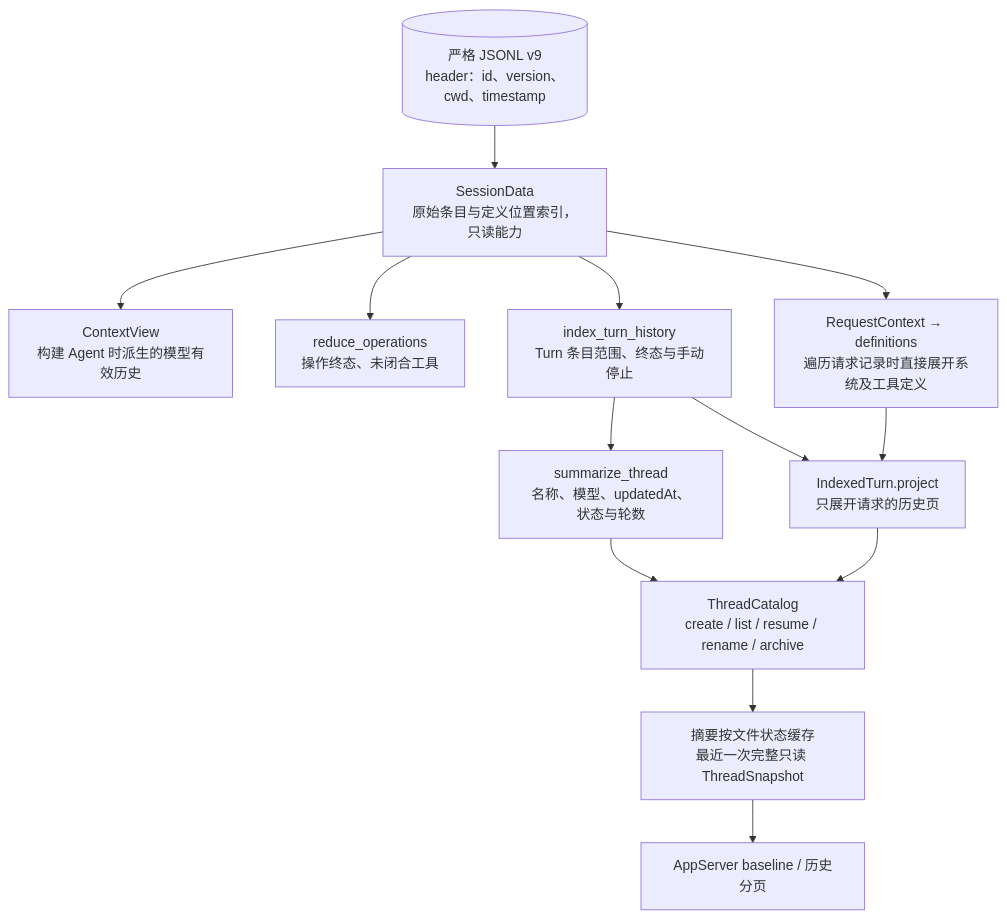
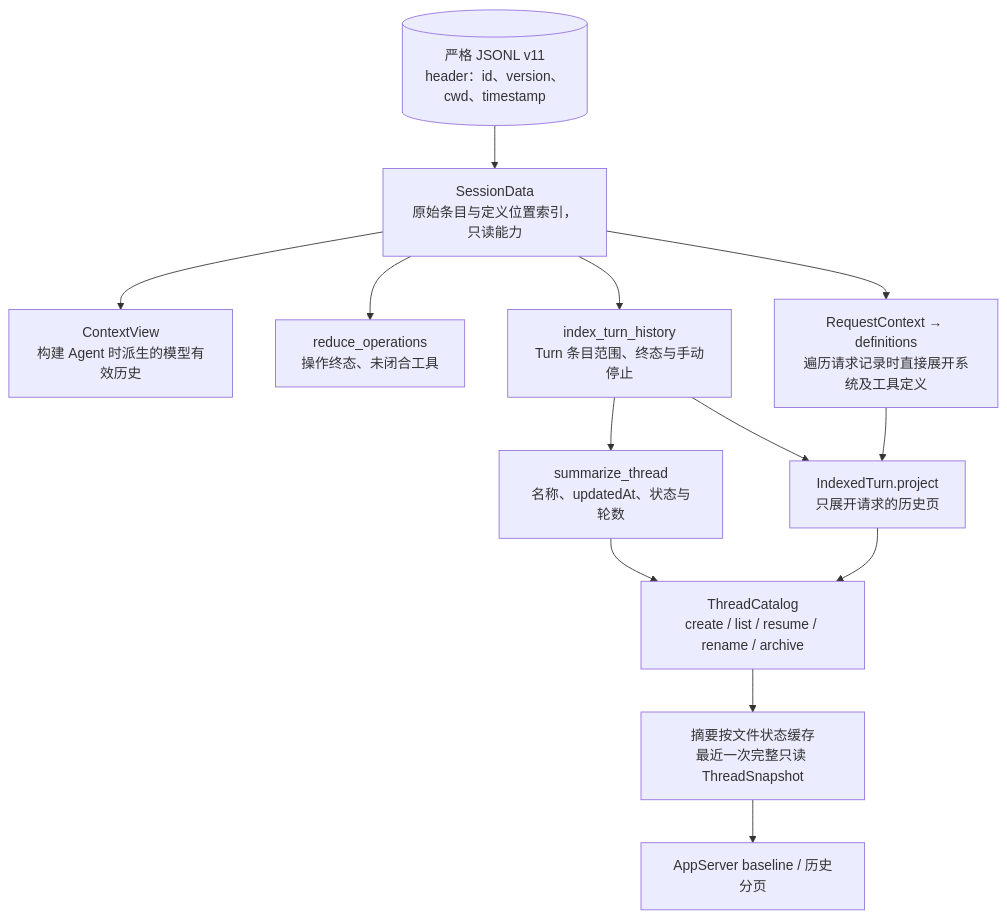
Diagram 27 of 29 in docs/architecture.md (qjcnmd/singularity-agent), drawn with Mermaid before and after one commit. The commit also changed other lines of this file and 137 other files, not shown here.

````diff
--- a/docs/architecture.md
+++ b/docs/architecture.md
@@ -754,16 +752,16 @@
 ```mermaid
 flowchart TB
-    JSONL[("严格 JSONL v9<br/>header：id、version、cwd、timestamp")]
+    JSONL[("严格 JSONL v11<br/>header：id、version、cwd、timestamp")]
     JSONL --> Data["SessionData<br/>原始条目与定义位置索引，只读能力"]
     Data --> Context["ContextView<br/>构建 Agent 时派生的模型有效历史"]
     Data --> Operations["reduce_operations<br/>操作终态、未闭合工具"]
     Data --> Turns["index_turn_history<br/>Turn 条目范围、终态与手动停止"]
-    Turns --> Summary["summarize_thread<br/>名称、模型、updatedAt、状态与轮数"]
+    Turns --> Summary["summarize_thread<br/>名称、updatedAt、状态与轮数"]
     Turns --> Page["IndexedTurn.project<br/>只展开请求的历史页"]
     Data --> Requests["RequestContext → definitions<br/>遍历请求记录时直接展开系统及工具定义"]
     Summary --> Catalog["ThreadCatalog<br/>create / list / resume / rename / archive"]
     Page --> Catalog
     Requests --> Page
     Catalog --> Cache["摘要按文件状态缓存<br/>最近一次完整只读 ThreadSnapshot"]
     Cache --> WB["AppServer baseline / 历史分页"]
 ```
````
